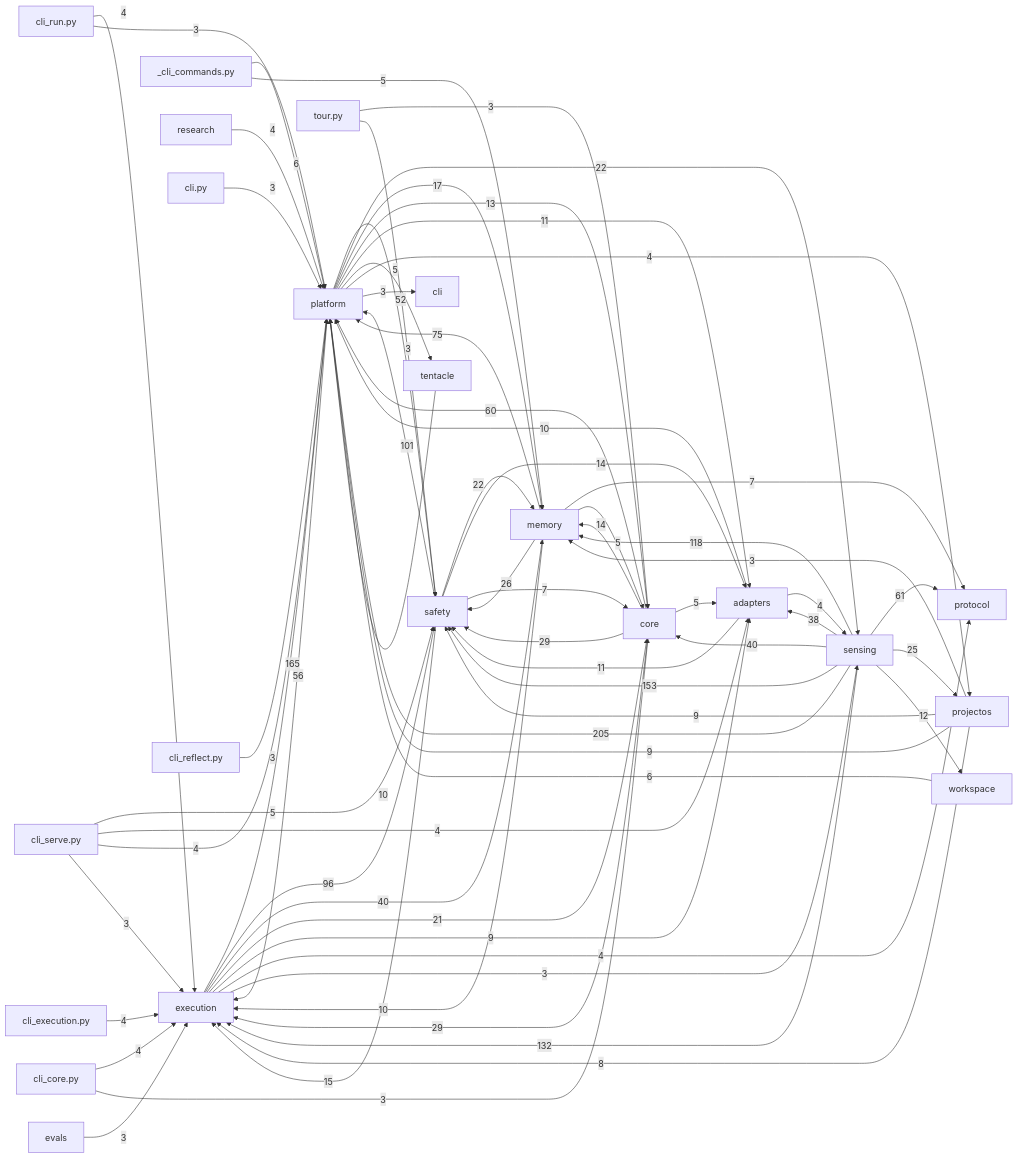
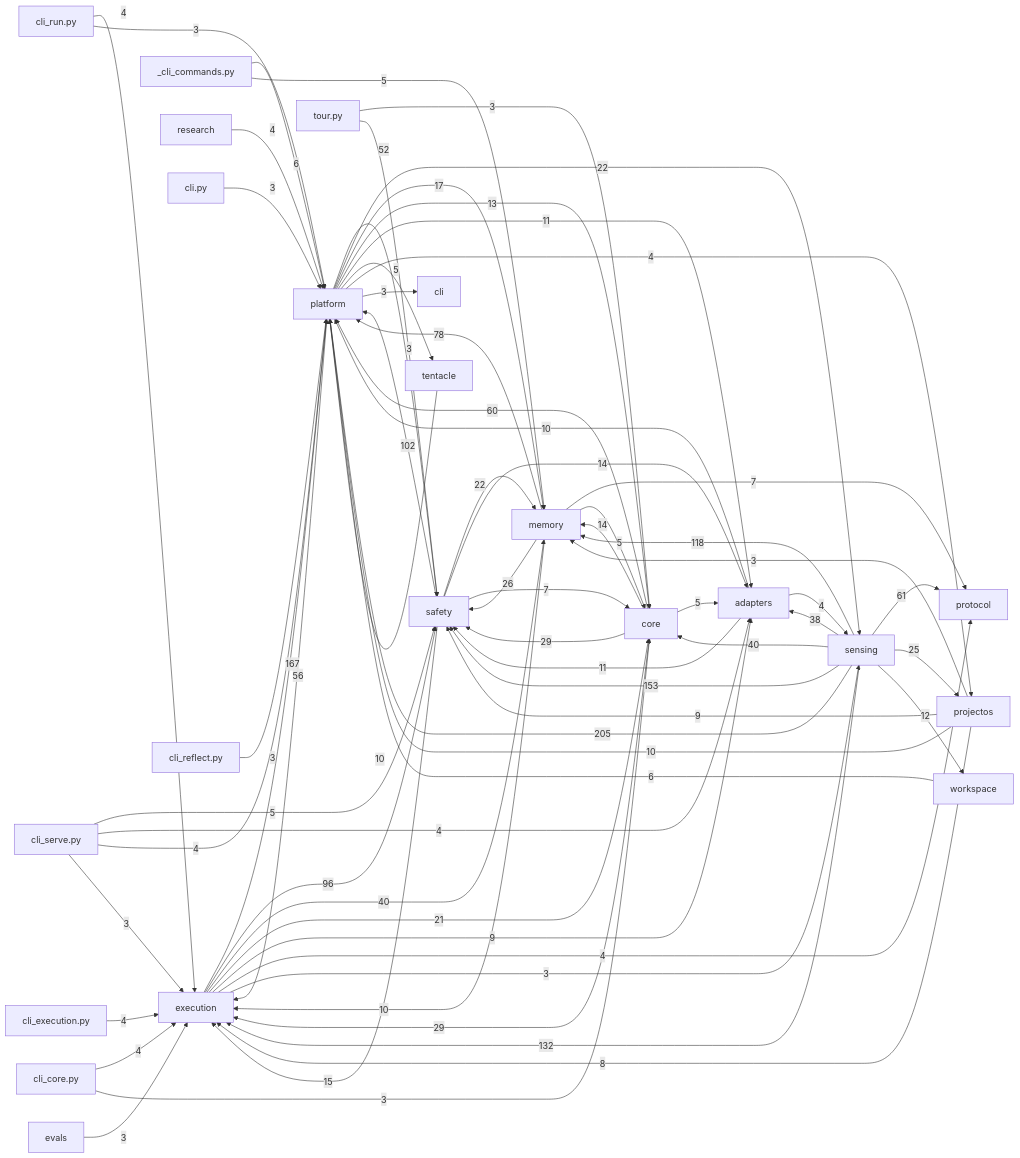
The diagram in docs/auto/20-backend/index.md (dengdenghua/echo-ai), drawn with Mermaid before and after one commit. The commit also changed 2 other files, not shown here.

Commit message:
docs(auto): regenerate module and test counts

````diff
--- a/docs/auto/20-backend/index.md
+++ b/docs/auto/20-backend/index.md
@@ -26,76 +26,76 @@
 ```mermaid
 graph LR
   execution[execution]
   core[core]
   safety[safety]
   memory[memory]
   sensing[sensing]
   adapters[adapters]
   platform[platform]
   sensing -- 205 --> platform
-  execution -- 165 --> platform
+  execution -- 167 --> platform
   sensing -- 153 --> safety
   sensing -- 132 --> execution
   sensing -- 118 --> memory
-  safety -- 101 --> platform
+  safety -- 102 --> platform
   execution -- 96 --> safety
-  memory -- 75 --> platform
+  memory -- 78 --> platform
   sensing -- 61 --> protocol
   core -- 60 --> platform
   platform -- 56 --> execution
   platform -- 52 --> safety
   execution -- 40 --> memory
   sensing -- 40 --> core
   sensing -- 38 --> adapters
   core -- 29 --> execution
   core -- 29 --> safety
   memory -- 26 --> safety
   sensing -- 25 --> projectos
   platform -- 22 --> sensing
   safety -- 22 --> memory
   execution -- 21 --> core
   platform -- 17 --> memory
   safety -- 15 --> execution
   core -- 14 --> memory
   safety -- 14 --> adapters
   platform -- 13 --> core
   sensing -- 12 --> workspace
   adapters -- 11 --> safety
   platform -- 11 --> adapters
   adapters -- 10 --> platform
   memory -- 10 --> execution
+  projectos -- 10 --> platform
   tentacle -- 10 --> platform
   execution -- 9 --> adapters
-  projectos -- 9 --> platform
   projectos -- 9 --> safety
   projectos -- 8 --> execution
   memory -- 7 --> protocol
   safety -- 7 --> core
   _cli_commands.py -- 6 --> platform
   workspace -- 6 --> platform
   _cli_commands.py -- 5 --> memory
   cli_serve.py -- 5 --> safety
   core -- 5 --> adapters
   memory -- 5 --> core
   platform -- 5 --> tentacle
   adapters -- 4 --> sensing
   cli_core.py -- 4 --> execution
   cli_execution.py -- 4 --> execution
   cli_run.py -- 4 --> execution
   cli_serve.py -- 4 --> adapters
   cli_serve.py -- 4 --> platform
   execution -- 4 --> protocol
   platform -- 4 --> projectos
   research -- 4 --> platform
   cli.py -- 3 --> platform
   cli_core.py -- 3 --> core
   cli_reflect.py -- 3 --> platform
   cli_run.py -- 3 --> platform
   cli_serve.py -- 3 --> execution
   evals -- 3 --> execution
   execution -- 3 --> sensing
   platform -- 3 --> cli
   projectos -- 3 --> memory
   tour.py -- 3 --> core
   tour.py -- 3 --> safety
 ```
````
